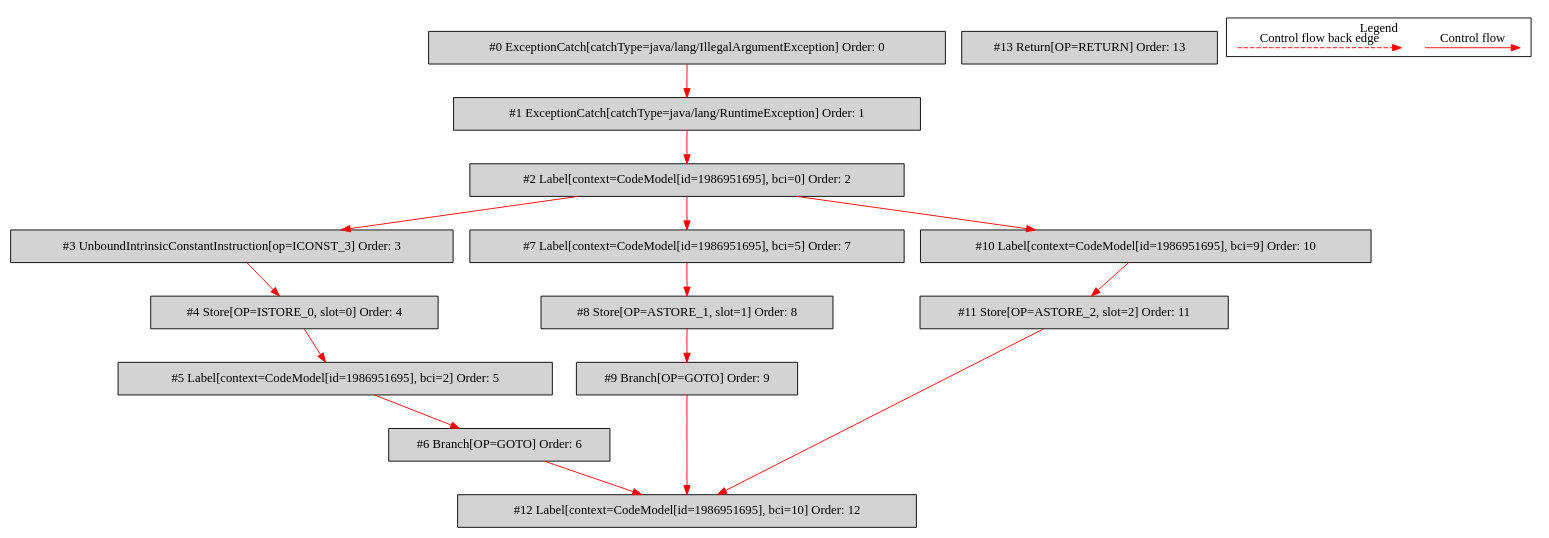
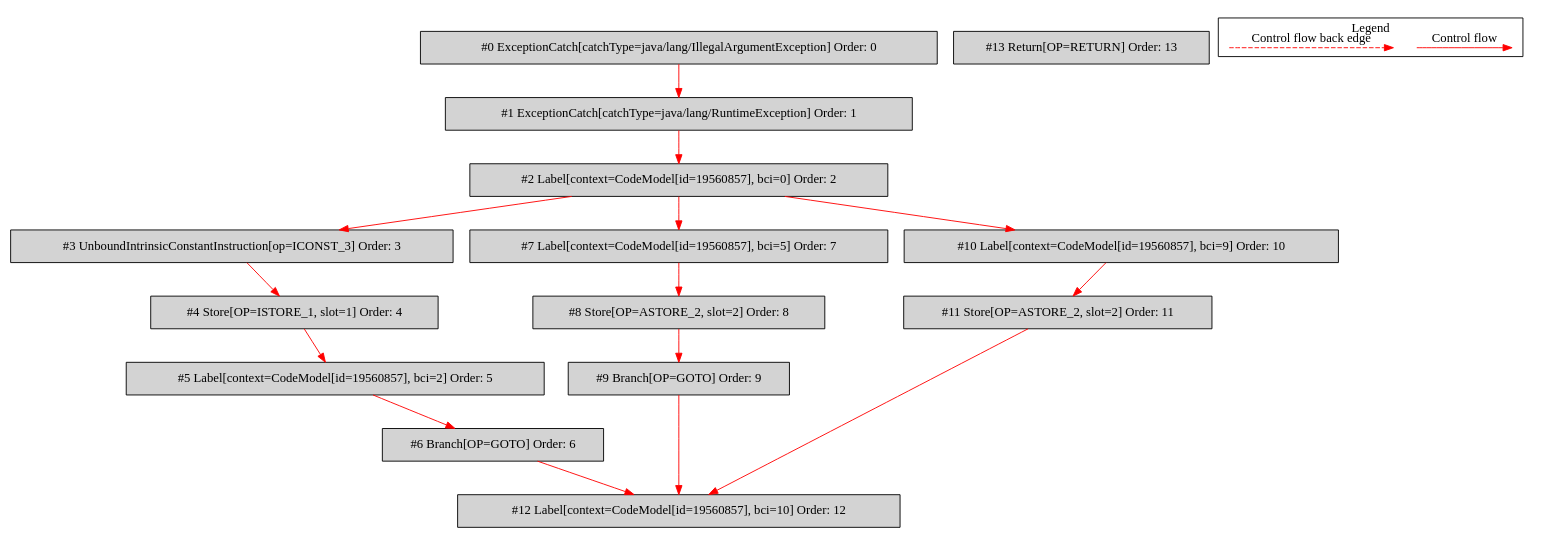
Before and after one commit to mirkosertic/MetaIR: the diagram in de.mirkosertic.metair.ir.OpcodeTryCatchTest/test_CatchOfTwo/bytecodecfg.dot, drawn with Graphviz. The commit also changed 176 other files, not shown here.

```diff
--- a/de.mirkosertic.metair.ir.OpcodeTryCatchTest/test_CatchOfTwo/bytecodecfg.dot
+++ b/de.mirkosertic.metair.ir.OpcodeTryCatchTest/test_CatchOfTwo/bytecodecfg.dot
@@ -1,44 +1,44 @@
 digraph {
  node0[label="#0 ExceptionCatch[catchType=java/lang/IllegalArgumentException] Order: 0", shape=box, fillcolor=lightgrey, style=filled];
  node1[label="#1 ExceptionCatch[catchType=java/lang/RuntimeException] Order: 1", shape=box, fillcolor=lightgrey, style=filled];
- node2[label="#2 Label[context=CodeModel[id=1986951695], bci=0] Order: 2", shape=box, fillcolor=lightgrey, style=filled];
+ node2[label="#2 Label[context=CodeModel[id=19560857], bci=0] Order: 2", shape=box, fillcolor=lightgrey, style=filled];
  node3[label="#3 UnboundIntrinsicConstantInstruction[op=ICONST_3] Order: 3", shape=box, fillcolor=lightgrey, style=filled];
- node4[label="#4 Store[OP=ISTORE_0, slot=0] Order: 4", shape=box, fillcolor=lightgrey, style=filled];
- node5[label="#5 Label[context=CodeModel[id=1986951695], bci=2] Order: 5", shape=box, fillcolor=lightgrey, style=filled];
+ node4[label="#4 Store[OP=ISTORE_1, slot=1] Order: 4", shape=box, fillcolor=lightgrey, style=filled];
+ node5[label="#5 Label[context=CodeModel[id=19560857], bci=2] Order: 5", shape=box, fillcolor=lightgrey, style=filled];
  node6[label="#6 Branch[OP=GOTO] Order: 6", shape=box, fillcolor=lightgrey, style=filled];
- node7[label="#7 Label[context=CodeModel[id=1986951695], bci=5] Order: 7", shape=box, fillcolor=lightgrey, style=filled];
- node8[label="#8 Store[OP=ASTORE_1, slot=1] Order: 8", shape=box, fillcolor=lightgrey, style=filled];
+ node7[label="#7 Label[context=CodeModel[id=19560857], bci=5] Order: 7", shape=box, fillcolor=lightgrey, style=filled];
+ node8[label="#8 Store[OP=ASTORE_2, slot=2] Order: 8", shape=box, fillcolor=lightgrey, style=filled];
  node9[label="#9 Branch[OP=GOTO] Order: 9", shape=box, fillcolor=lightgrey, style=filled];
- node10[label="#10 Label[context=CodeModel[id=1986951695], bci=9] Order: 10", shape=box, fillcolor=lightgrey, style=filled];
+ node10[label="#10 Label[context=CodeModel[id=19560857], bci=9] Order: 10", shape=box, fillcolor=lightgrey, style=filled];
  node11[label="#11 Store[OP=ASTORE_2, slot=2] Order: 11", shape=box, fillcolor=lightgrey, style=filled];
- node12[label="#12 Label[context=CodeModel[id=1986951695], bci=10] Order: 12", shape=box, fillcolor=lightgrey, style=filled];
+ node12[label="#12 Label[context=CodeModel[id=19560857], bci=10] Order: 12", shape=box, fillcolor=lightgrey, style=filled];
  node13[label="#13 Return[OP=RETURN] Order: 13", shape=box, fillcolor=lightgrey, style=filled];
  node0 -> node1[color=red];
  node1 -> node2[color=red];
  node2 -> node3[color=red];
  node3 -> node4[color=red];
  node4 -> node5[color=red];
  node5 -> node6[color=red];
  node2 -> node7[color=red];
  node7 -> node8[color=red];
  node8 -> node9[color=red];
  node2 -> node10[color=red];
  node10 -> node11[color=red];
  node6 -> node12[color=red];
  node9 -> node12[color=red];
  node11 -> node12[color=red];
  subgraph cluster_000 {
   label = "Legend";
   node [shape=point]
   {
    rank=same;
    c0 [style = invis];
    c1 [style = invis];
    c2 [style = invis];
    c3 [style = invis];
   }
   c0 -> c1 [label="Control flow", style=solid, color=red]
   c2 -> c3 [label="Control flow back edge", style=dashed, color=red]
  }
 
 }
```
